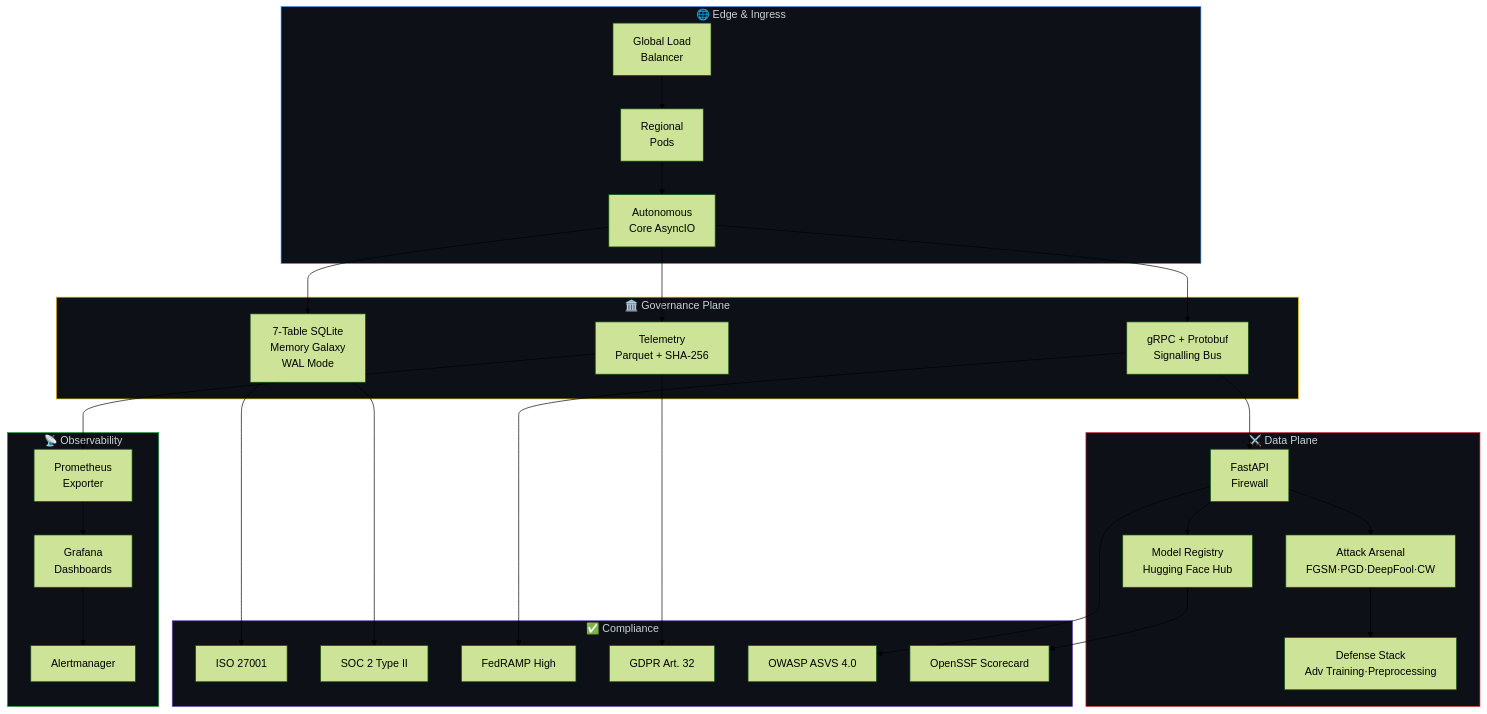
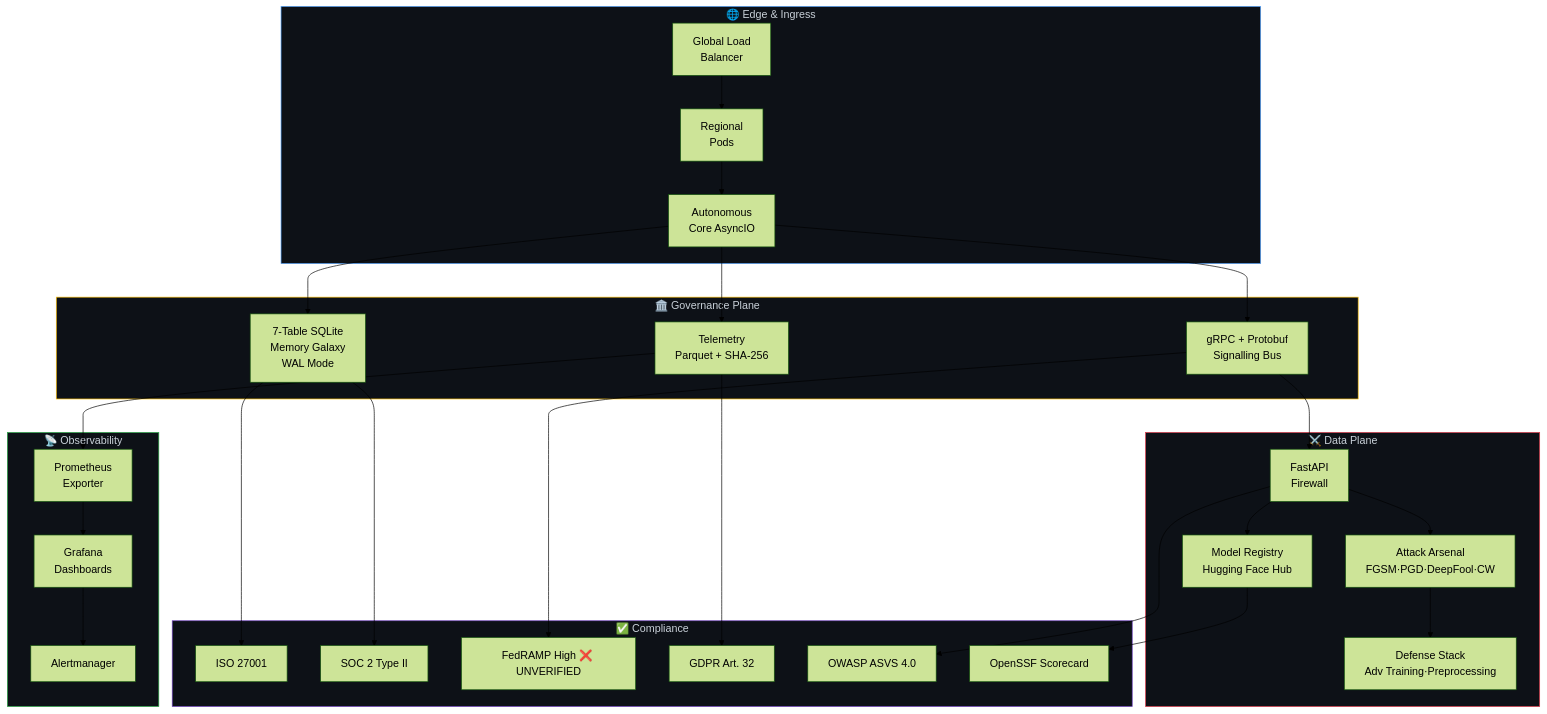
One commit to Ariyan-Pro/enterprise-adversarial-ml-governance changed the first of 4 diagrams in README.md. Above: the diagram before and after it, drawn with Mermaid (forest theme). The commit also changed other lines of this file and 2 other files, not shown here.

First line of the commit message:
Title: Address FedRAMP High Authorization Claim Status

````diff
--- a/README.md
+++ b/README.md
@@ -95,41 +97,41 @@
 ```mermaid
 graph TD
     subgraph EDGE["🌐 Edge & Ingress"]
         GLB[Global Load\nBalancer] --> RP[Regional\nPods]
         RP --> AC[Autonomous\nCore AsyncIO]
     end
 
     subgraph GOV["🏛️ Governance Plane"]
         AC --> DB[7-Table SQLite\nMemory Galaxy\nWAL Mode]
         AC --> BUS[gRPC + Protobuf\nSignalling Bus]
         AC --> TEL[Telemetry\nParquet + SHA-256]
     end
 
     subgraph DATA["⚔️ Data Plane"]
         BUS --> FW[FastAPI\nFirewall]
         FW --> MR[Model Registry\nHugging Face Hub]
         FW --> AA[Attack Arsenal\nFGSM·PGD·DeepFool·CW]
         AA --> DEF[Defense Stack\nAdv Training·Preprocessing]
     end
 
     subgraph OBS["📡 Observability"]
         TEL --> PROM[Prometheus\nExporter]
         PROM --> GRAF[Grafana\nDashboards]
         GRAF --> ALERT[Alertmanager]
     end
 
     subgraph COMP["✅ Compliance"]
         DB --> ISO[ISO 27001]
         DB --> SOC[SOC 2 Type II]
-        BUS --> FED[FedRAMP High]
+        BUS --> FED[FedRAMP High ❌ UNVERIFIED]
         TEL --> GDPR[GDPR Art. 32]
         FW --> OWASP[OWASP ASVS 4.0]
         MR --> OSSF[OpenSSF Scorecard]
     end
 
     style EDGE fill:#0d1117,stroke:#58a6ff,color:#c9d1d9
     style GOV fill:#0d1117,stroke:#ffc107,color:#c9d1d9
     style DATA fill:#0d1117,stroke:#dc3545,color:#c9d1d9
     style OBS fill:#0d1117,stroke:#28a745,color:#c9d1d9
     style COMP fill:#0d1117,stroke:#6f42c1,color:#c9d1d9
 ```
````
